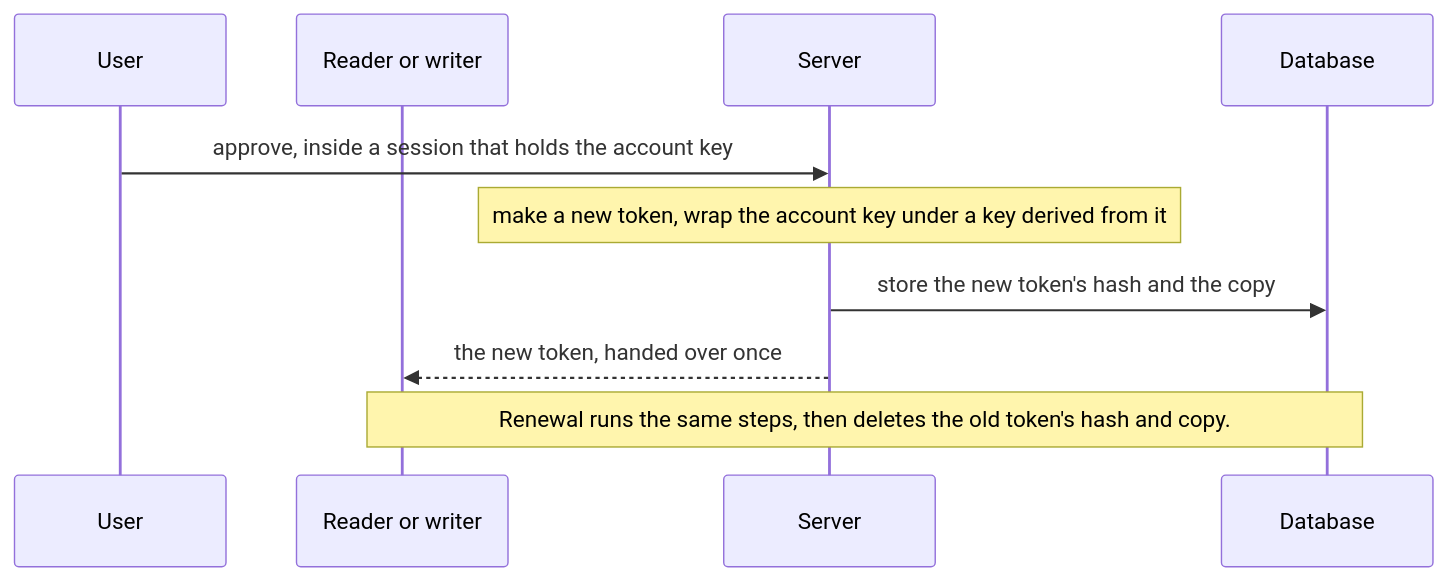
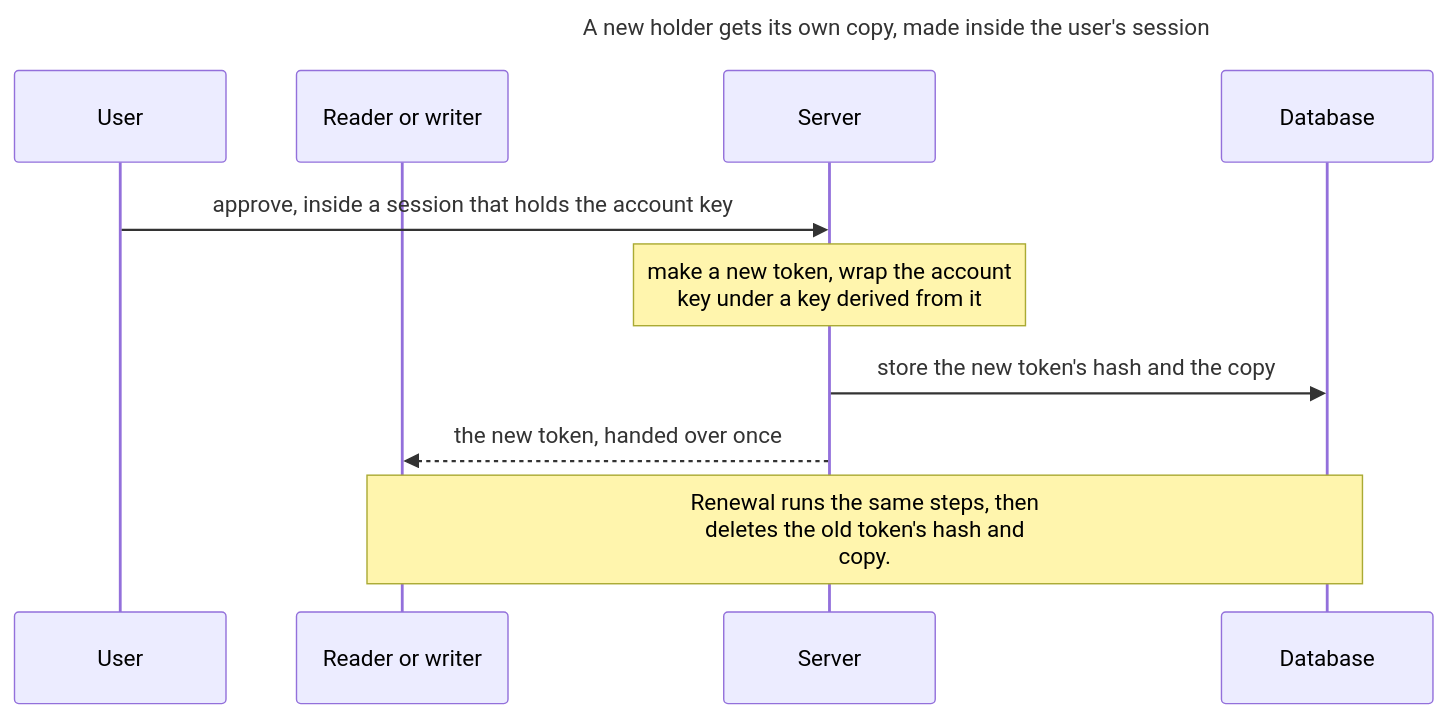
Before and after one commit to ajs-consult-llc/mirror-encryption-rfc: the fourth of 11 diagrams in chapters/07-how-it-works.md, drawn with Mermaid. The commit also changed other lines of this file and 23 other files, not shown here.

First line of the commit message:
Diagrams that read: titles, short lines, vertical layouts

````diff
--- a/chapters/07-how-it-works.md
+++ b/chapters/07-how-it-works.md
@@ -87,14 +104,17 @@
 ```mermaid
+---
+title: "A new holder gets its own copy, made inside the user's session"
+---
 sequenceDiagram
   accTitle: A new holder gets its own copy, made inside the user's session
   accDescr: Update. The user approves a new reader or writer, inside a session that holds the account key. The server makes a new token and wraps the account key under a key derived from it, stores the new token's hash and the copy in the database, and hands the new token to the reader or writer once. Renewal runs the same steps, then deletes the old token's hash and copy.
   participant U as User
   participant R as Reader or writer
   participant S as Server
   participant DB as Database
   U->>S: approve, inside a session that holds the account key
-  Note over S: make a new token, wrap the account key under a key derived from it
+  Note over S: make a new token, wrap the account<br/>key under a key derived from it
   S->>DB: store the new token's hash and the copy
   S-->>R: the new token, handed over once
-  Note over R,DB: Renewal runs the same steps, then deletes the old token's hash and copy.
+  Note over R,DB: Renewal runs the same steps, then<br/>deletes the old token's hash and<br/>copy.
 ```
````
